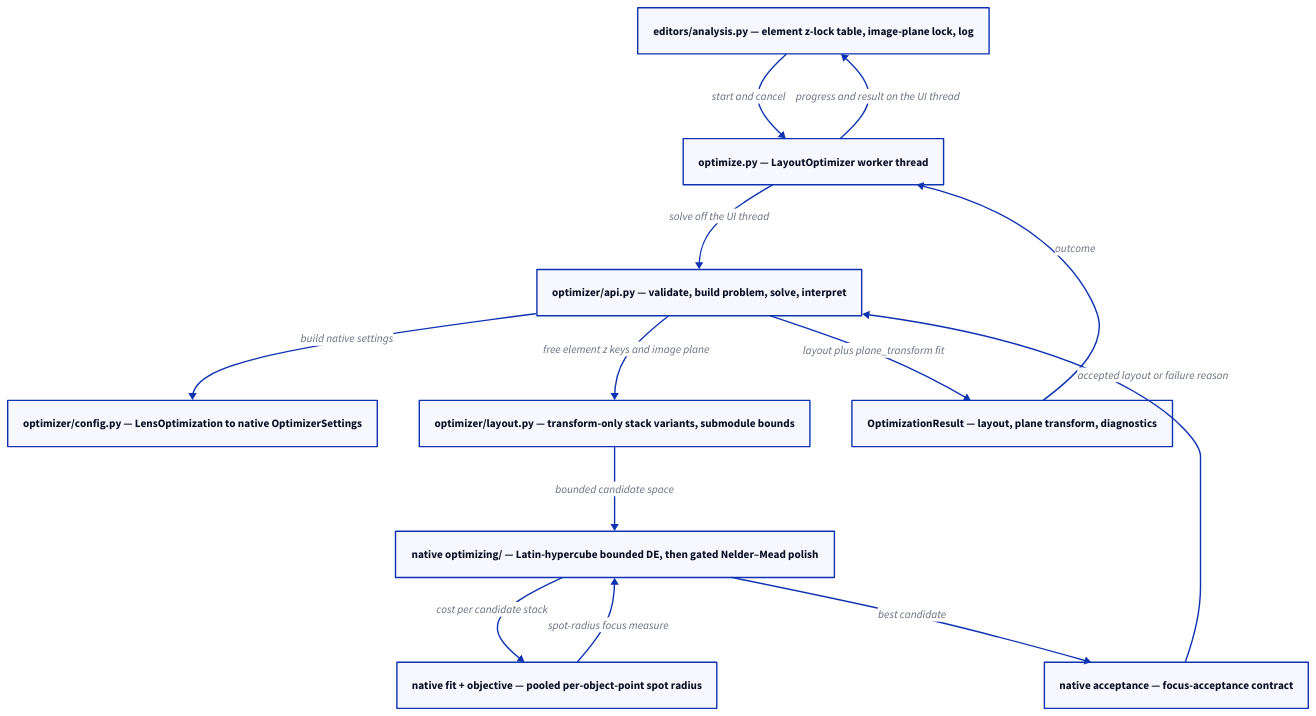
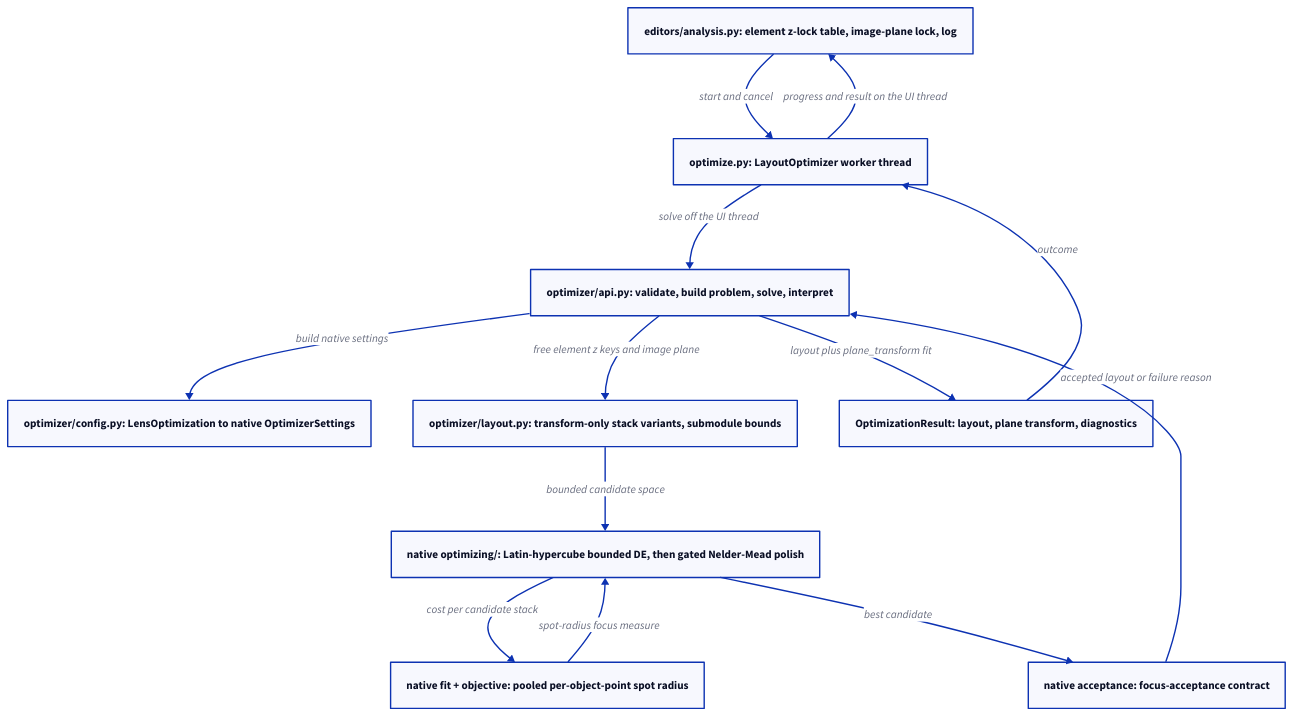
The diagram in docs/diagrams/optimization-loop.d2 (propane865/OpticsSimulator), drawn with D2 before and after one commit. The commit also changed 26 other files, not shown here.

```diff
--- a/docs/diagrams/optimization-loop.d2
+++ b/docs/diagrams/optimization-loop.d2
@@ -1,22 +1,22 @@
-ed: "editors/analysis.py — element z-lock table, image-plane lock, log"
-worker: "optimize.py — LayoutOptimizer worker thread"
-api: "optimizer/api.py — validate, build problem, solve, interpret"
-cfg: "optimizer/config.py — LensOptimization to native OptimizerSettings"
-layout: "optimizer/layout.py — transform-only stack variants, submodule bounds"
-nat: "native optimizing/ — Latin-hypercube bounded DE, then gated Nelder–Mead polish"
-fit: "native fit + objective — pooled per-object-point spot radius"
-acc: "native acceptance — focus-acceptance contract"
-result: "OptimizationResult — layout, plane transform, diagnostics"
+ed: "editors/analysis.py: element z-lock table, image-plane lock, log"
+worker: "optimize.py: LayoutOptimizer worker thread"
+api: "optimizer/api.py: validate, build problem, solve, interpret"
+cfg: "optimizer/config.py: LensOptimization to native OptimizerSettings"
+layout: "optimizer/layout.py: transform-only stack variants, submodule bounds"
+nat: "native optimizing/: Latin-hypercube bounded DE, then gated Nelder-Mead polish"
+fit: "native fit + objective: pooled per-object-point spot radius"
+acc: "native acceptance: focus-acceptance contract"
+result: "OptimizationResult: layout, plane transform, diagnostics"
 
 ed -> worker: start and cancel
 worker -> api: solve off the UI thread
 api -> cfg: build native settings
 api -> layout: free element z keys and image plane
 layout -> nat: bounded candidate space
 nat -> fit: cost per candidate stack
 fit -> nat: spot-radius focus measure
 nat -> acc: best candidate
 acc -> api: accepted layout or failure reason
 api -> result: layout plus plane_transform fit
 result -> worker: outcome
 worker -> ed: progress and result on the UI thread
```
